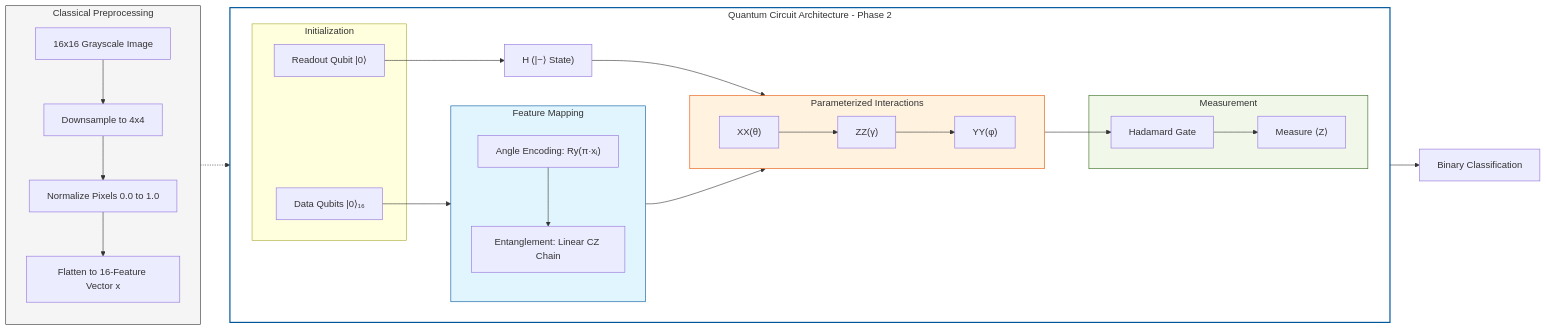
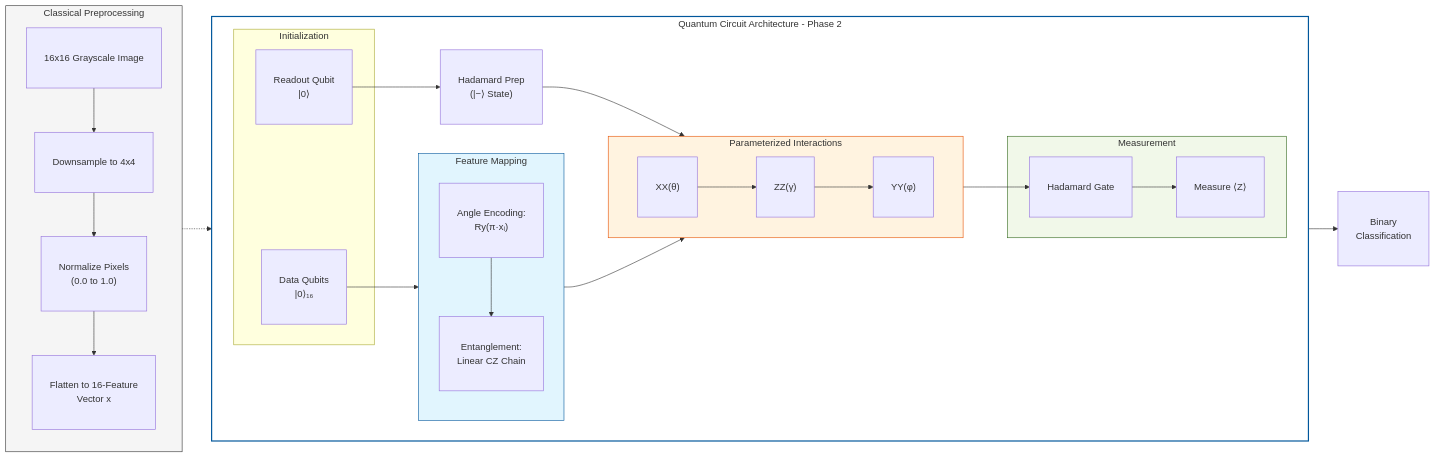
One commit to juleshenry/quantum-mnist changed the diagram in README.md. Above: the diagram before and after it, drawn with Mermaid.

````diff
--- a/README.md
+++ b/README.md
@@ -26,57 +26,57 @@
 ```mermaid
 graph LR
     %% Classical Pipeline
     subgraph Preprocessing [Classical Preprocessing]
         direction TB
-        A[16x16 Grayscale Image] --> B[Downsample to 4x4]
-        B --> C[Normalize Pixels 0.0 to 1.0]
-        C --> D[Flatten to 16-Feature Vector x]
+        A["<br/>16x16 Grayscale Image<br/><br/>"] --> B["<br/>Downsample to 4x4<br/><br/>"]
+        B --> C["<br/>Normalize Pixels<br/>(0.0 to 1.0)<br/><br/>"]
+        C --> D["<br/>Flatten to 16-Feature<br/>Vector x<br/><br/>"]
     end
 
     %% Quantum Circuit
     subgraph QPU [Quantum Circuit Architecture - Phase 2]
         direction LR
         
         subgraph Init [Initialization]
-            Q_d["Data Qubits |0⟩₁₆"]
-            Q_a["Readout Qubit |0⟩"]
+            Q_d["<br/>Data Qubits<br/>|0⟩₁₆<br/><br/>"]
+            Q_a["<br/>Readout Qubit<br/>|0⟩<br/><br/>"]
         end
 
         subgraph Encoding [Feature Mapping]
             direction TB
-            E1["Angle Encoding: Ry(π·xᵢ)"]
-            E2["Entanglement: Linear CZ Chain"]
+            E1["<br/>Angle Encoding:<br/>Ry(π·xᵢ)<br/><br/>"]
+            E2["<br/>Entanglement:<br/>Linear CZ Chain<br/><br/>"]
             E1 --> E2
         end
 
         subgraph PQC [Parameterized Interactions]
             direction LR
-            I1["XX(θ)"] --> I2["ZZ(γ)"] --> I3["YY(φ)"]
+            I1["<br/>XX(θ)<br/><br/>"] --> I2["<br/>ZZ(γ)<br/><br/>"] --> I3["<br/>YY(φ)<br/><br/>"]
         end
 
         subgraph Readout [Measurement]
-            M1["Hadamard Gate"]
-            M2["Measure ⟨Z⟩"]
+            M1["<br/>Hadamard Gate<br/><br/>"]
+            M2["<br/>Measure ⟨Z⟩<br/><br/>"]
             M1 --> M2
         end
 
         %% Data Flow
         Q_d --> Encoding
-        Q_a --> Prep["H (|−⟩ State)"]
+        Q_a --> Prep["<br/>Hadamard Prep<br/>(|−⟩ State)<br/><br/>"]
         
         Encoding --> PQC
         Prep --> PQC
         
         PQC --> M1
     end
 
     %% External Connections
     D -.-> E1
-    M2 --> Result[Binary Classification]
+    M2 --> Result["<br/>Binary<br/>Classification<br/><br/>"]
 
     style Preprocessing fill:#f5f5f5,stroke:#333,stroke-width:1px
     style QPU fill:#fff,stroke:#01579b,stroke-width:2px
     style Encoding fill:#e1f5fe,stroke:#01579b
     style PQC fill:#fff3e0,stroke:#e65100
     style Readout fill:#f1f8e9,stroke:#33691e
 ```
````
